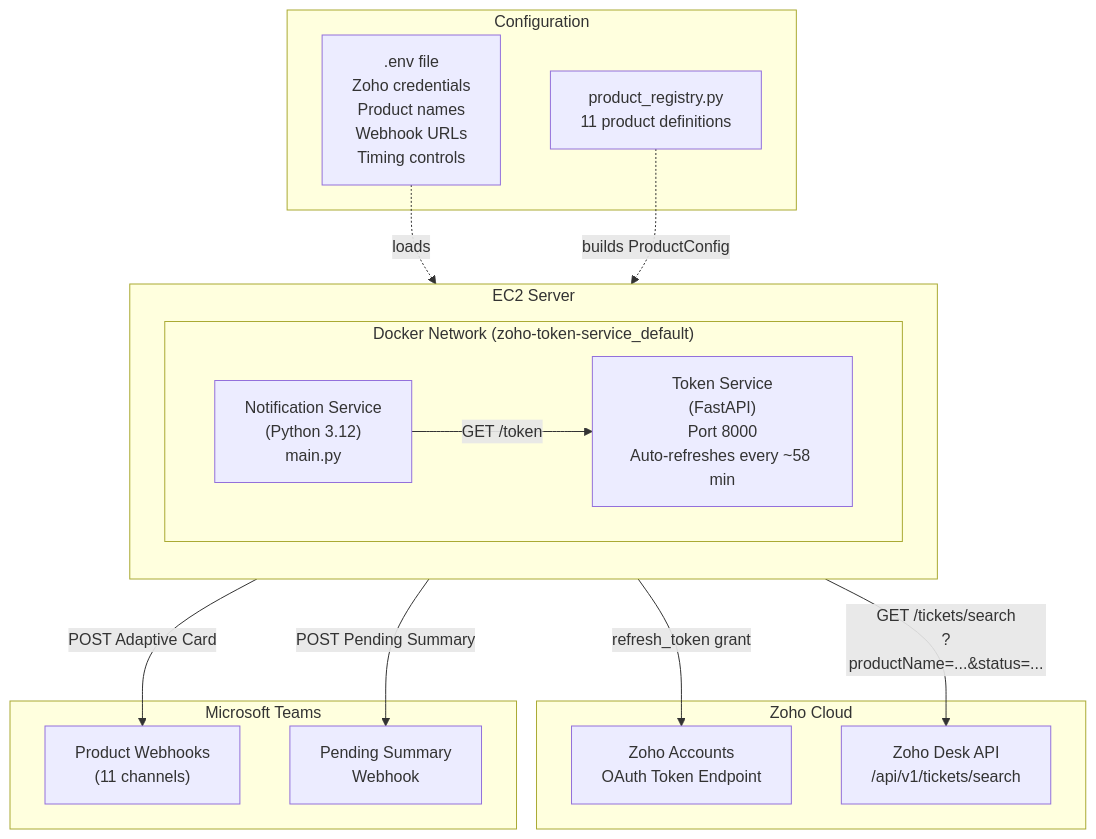
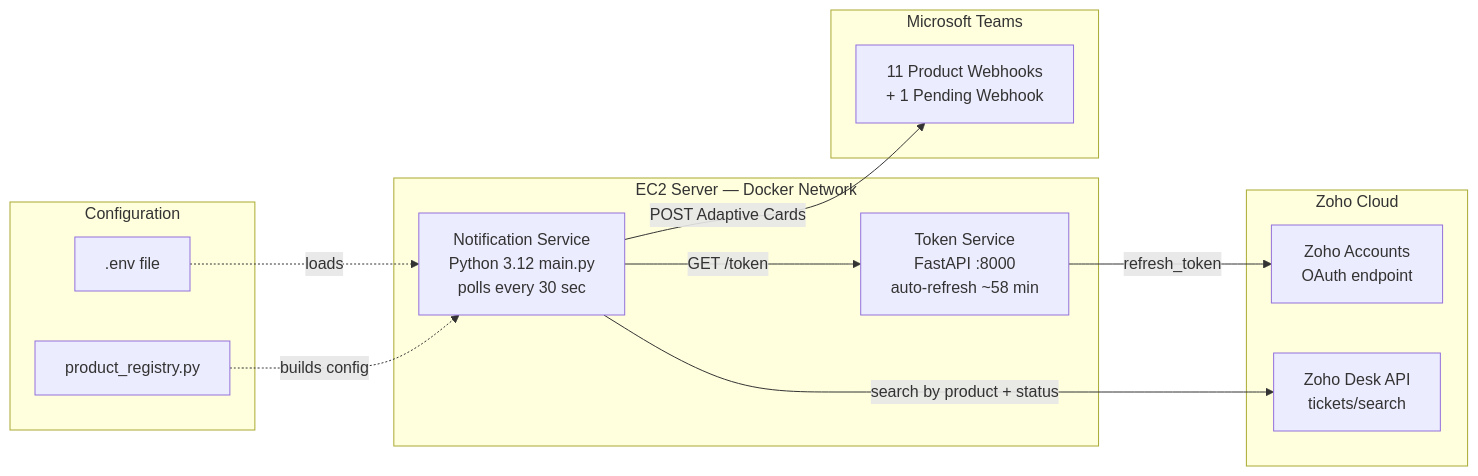
Before and after one commit to AnsImran/ms-teams-zoho-desk-notifications-service: the first of 4 diagrams in README.md, drawn with Mermaid. The commit also changed other lines of this file and 2 other files, not shown here.

Commit message:
improve architecture and search query diagrams for clarity
- Simplify architecture to left-to-right flow, less clutter
- List all 11 product names explicitly in search query diagram
- Clean up API call box to avoid mid-word wrapping

````diff
--- a/README.md
+++ b/README.md
@@ -9,34 +9,28 @@
 ```mermaid
-flowchart TB
-    subgraph EC2["EC2 Server"]
-        direction TB
-        subgraph docker_net["Docker Network (zoho-token-service_default)"]
-            direction LR
-            TS["Token Service<br>(FastAPI)<br>Port 8000<br>Auto-refreshes every ~58 min"]
-            NS["Notification Service<br>(Python 3.12)<br>main.py"]
-        end
+flowchart LR
+    subgraph Config["Configuration"]
+        ENV[".env file"]
+        REG["product_registry.py"]
+    end
+
+    subgraph EC2["EC2 Server — Docker Network"]
+        TS["Token Service<br>FastAPI :8000<br>auto-refresh ~58 min"]
+        NS["Notification Service<br>Python 3.12 main.py<br>polls every 30 sec"]
     end
 
     subgraph Zoho["Zoho Cloud"]
-        ZA["Zoho Accounts<br>OAuth Token Endpoint"]
-        ZD["Zoho Desk API<br>/api/v1/tickets/search"]
+        ZA["Zoho Accounts<br>OAuth endpoint"]
+        ZD["Zoho Desk API<br>tickets/search"]
     end
 
     subgraph Teams["Microsoft Teams"]
-        WH1["Product Webhooks<br>(11 channels)"]
-        WH2["Pending Summary<br>Webhook"]
+        WH["11 Product Webhooks<br>+ 1 Pending Webhook"]
     end
 
-    subgraph Config["Configuration"]
-        ENV[".env file<br>Zoho credentials<br>Product names<br>Webhook URLs<br>Timing controls"]
-        REG["product_registry.py<br>11 product definitions"]
-    end
-
-    TS -- "refresh_token grant" --> ZA
+    ENV -. "loads" .-> NS
+    REG -. "builds config" .-> NS
+    TS -- "refresh_token" --> ZA
     NS -- "GET /token" --> TS
-    NS -- "GET /tickets/search<br>?productName=...&status=..." --> ZD
-    NS -- "POST Adaptive Card" --> WH1
-    NS -- "POST Pending Summary" --> WH2
-    ENV -. "loads" .-> NS
-    REG -. "builds ProductConfig" .-> NS
+    NS -- "search by product + status" --> ZD
+    NS -- "POST Adaptive Cards" --> WH
 ```
````
